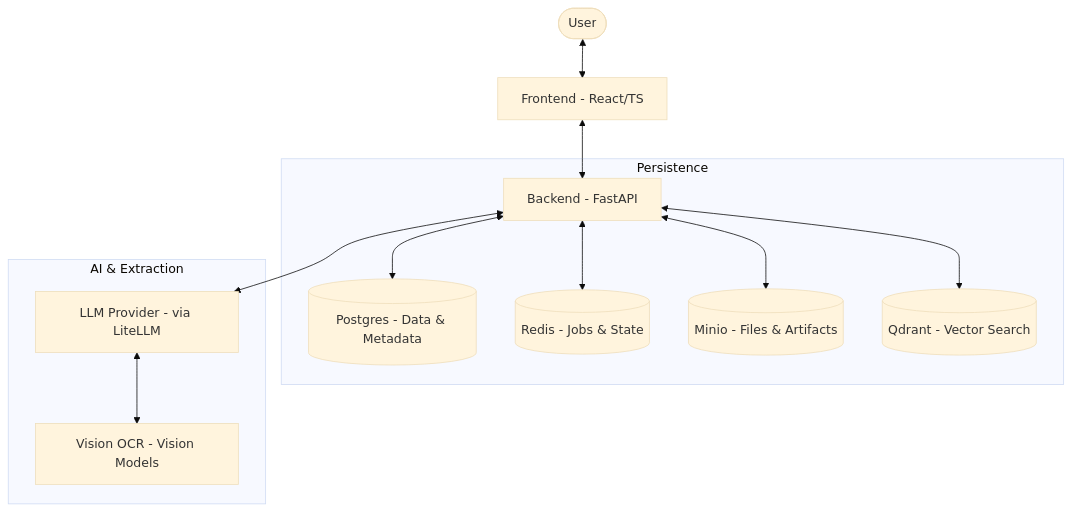
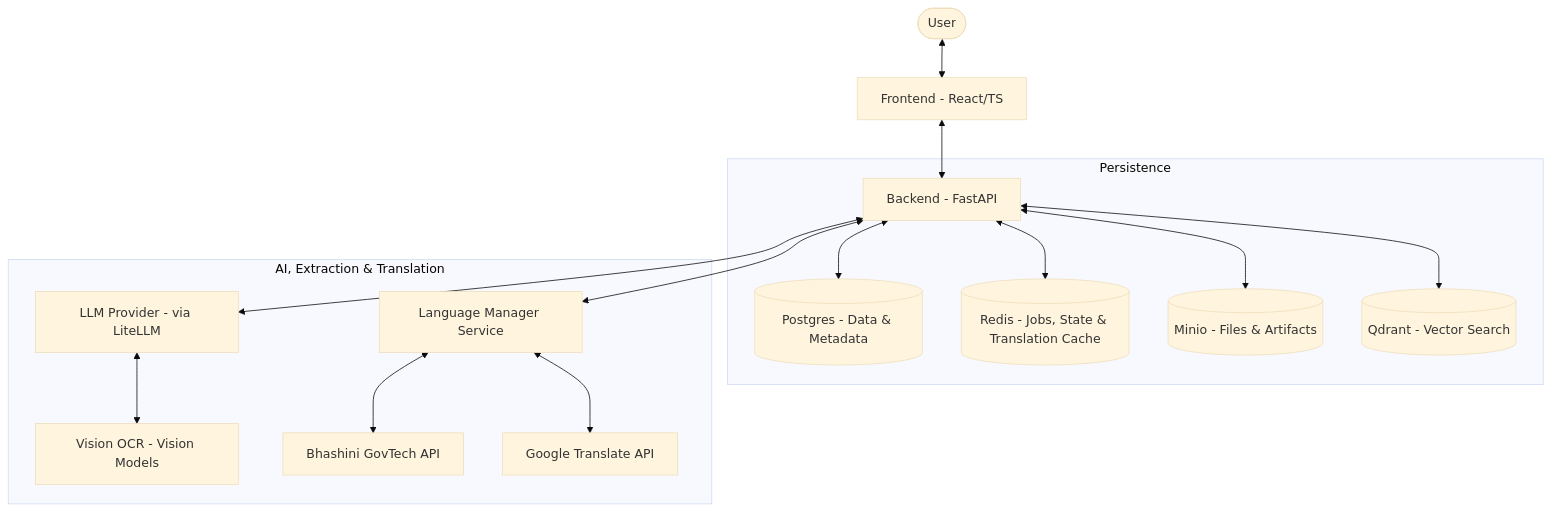
Before and after one commit to Hari31416/FormFoundry: the first of 2 diagrams in README.md, drawn with Mermaid (base theme). The commit also changed other lines of this file and 12 other files, not shown here.

````diff
--- a/README.md
+++ b/README.md
@@ -9,17 +9,20 @@
 ```mermaid
 graph TD
     User([User]) <--> Frontend[Frontend - React/TS]
     Frontend <--> Backend[Backend - FastAPI]
 
     subgraph Persistence
         Backend <--> DB[(Postgres - Data & Metadata)]
-        Backend <--> Cache[(Redis - Jobs & State)]
+        Backend <--> Cache[(Redis - Jobs, State & Translation Cache)]
         Backend <--> ObjectStore[(Minio - Files & Artifacts)]
         Backend <--> VectorDB[(Qdrant - Vector Search)]
     end
 
-    subgraph "AI & Extraction"
+    subgraph "AI, Extraction & Translation"
         Backend <--> LLM[LLM Provider - via LiteLLM]
         LLM <--> OCR[Vision OCR - Vision Models]
+        Backend <--> LangOrch[Language Manager Service]
+        LangOrch <--> Bhashini[Bhashini GovTech API]
+        LangOrch <--> Google[Google Translate API]
     end
 ```
````
